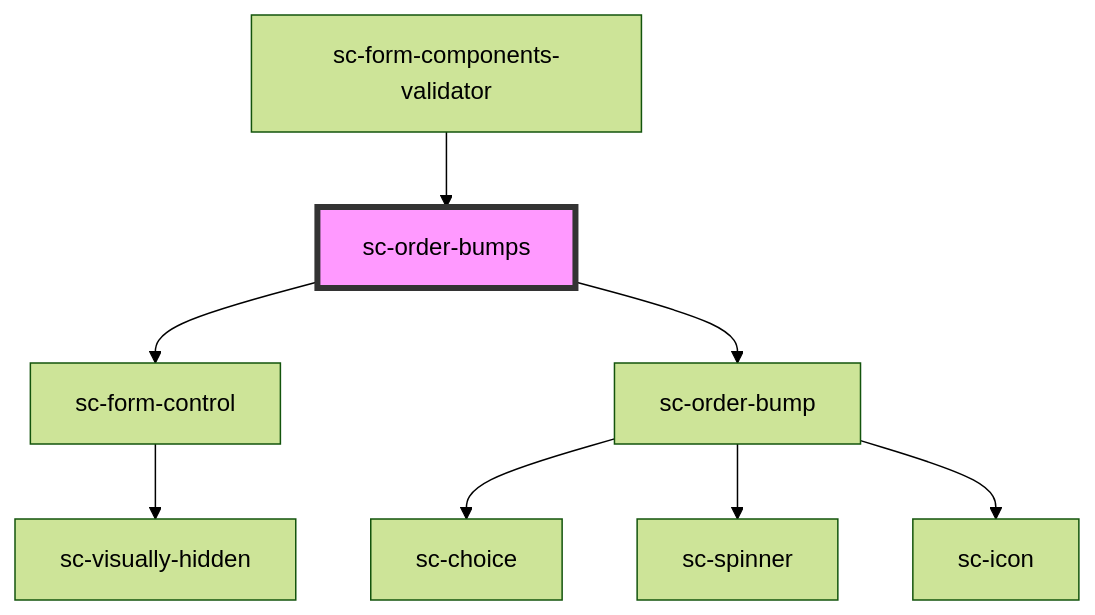
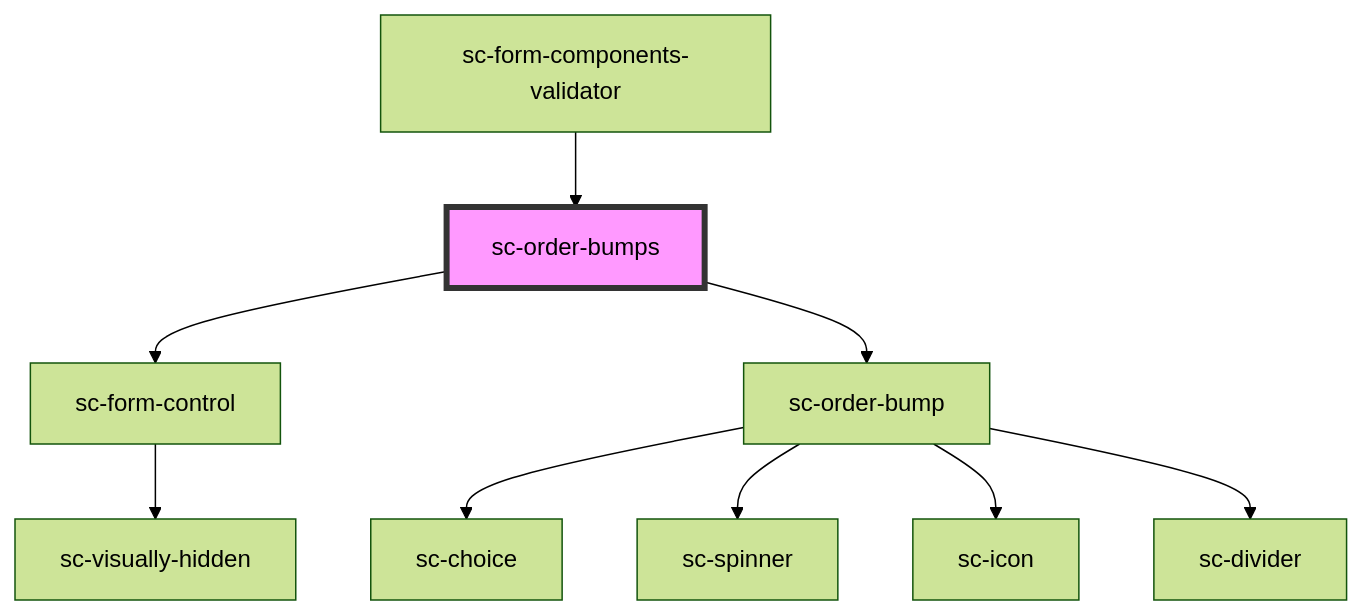
The diagram in packages/components/src/components/controllers/checkout-form/sc-order-bumps/readme.md (surecart/surecart-wp-plugin), drawn with Mermaid (forest theme) before and after one commit. The commit also changed other lines of this file and 17 other files, not shown here.

First line of the commit message:
feat: make modern order bump design opt-in for existing installs

````diff
--- a/packages/components/src/components/controllers/checkout-form/sc-order-bumps/readme.md
+++ b/packages/components/src/components/controllers/checkout-form/sc-order-bumps/readme.md
@@ -28,11 +29,12 @@
 ```mermaid
 graph TD;
   sc-order-bumps --> sc-form-control
   sc-order-bumps --> sc-order-bump
   sc-form-control --> sc-visually-hidden
   sc-order-bump --> sc-choice
   sc-order-bump --> sc-spinner
   sc-order-bump --> sc-icon
+  sc-order-bump --> sc-divider
   sc-form-components-validator --> sc-order-bumps
   style sc-order-bumps fill:#f9f,stroke:#333,stroke-width:4px
 ```
````
